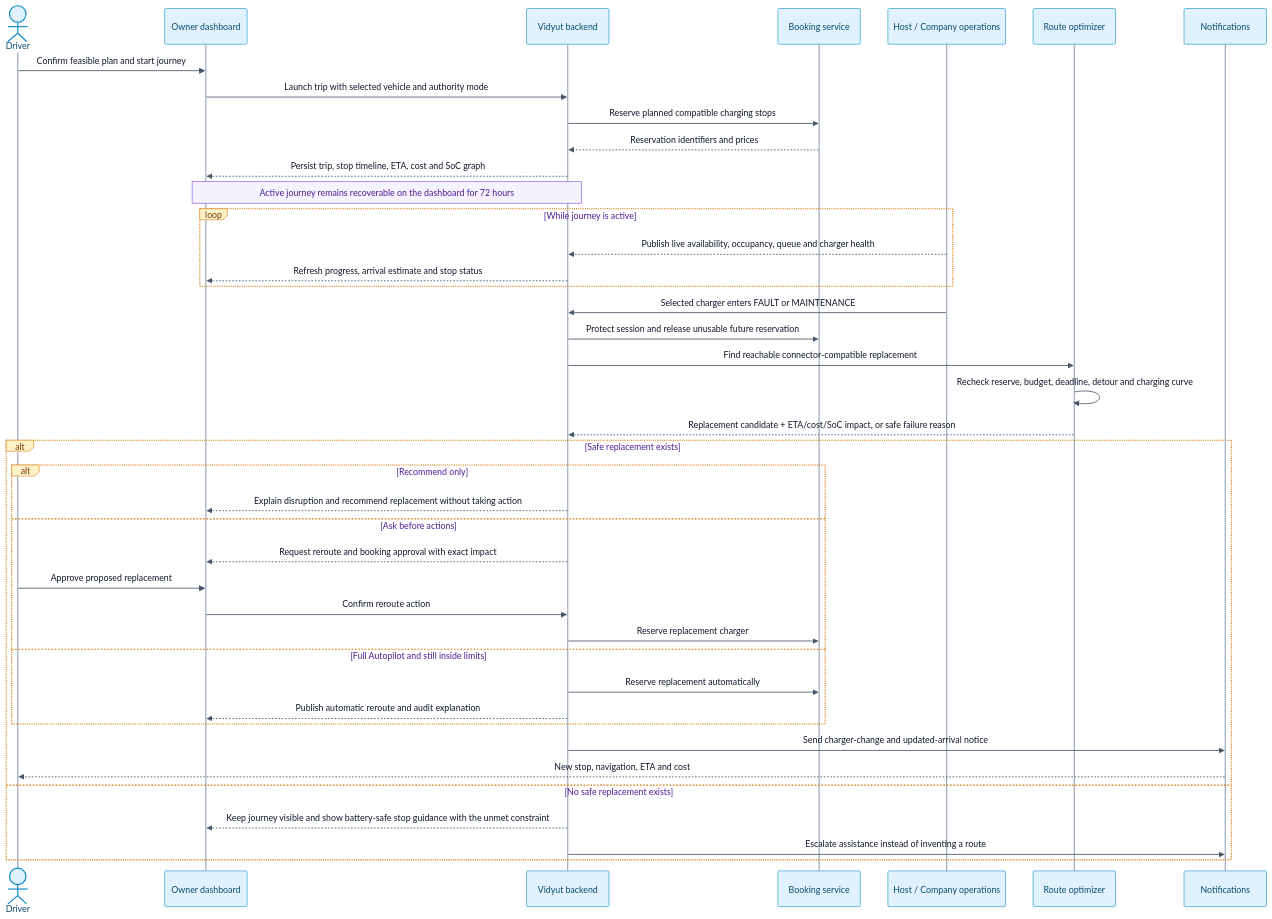
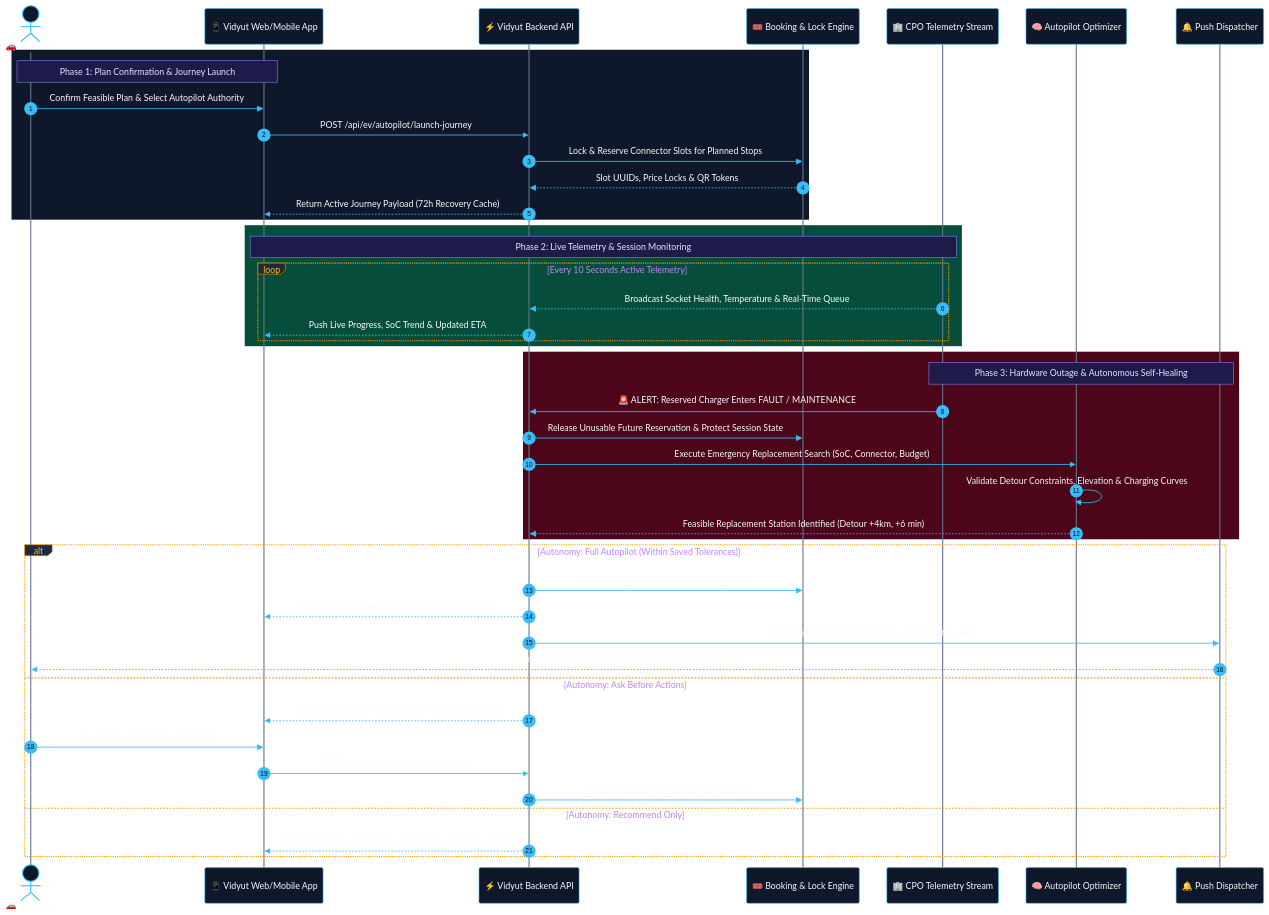
Before and after one commit to cs1m2414238/vidyutEV-1.0: the fourth of 10 diagrams in README.md, drawn with Mermaid. The commit also changed other lines of this file, not shown here.

````diff
--- a/README.md
+++ b/README.md
@@ -238,48 +371,74 @@
 ```mermaid
-%%{init: {"theme":"base","themeVariables":{"background":"#ffffff","fontFamily":"Inter, ui-sans-serif, system-ui, sans-serif","fontSize":"15px","actorBkg":"#e0f2fe","actorBorder":"#0284c7","actorTextColor":"#0c4a6e","actorLineColor":"#94a3b8","signalColor":"#475569","signalTextColor":"#0f172a","activationBkgColor":"#ecfdf5","activationBorderColor":"#059669","labelBoxBkgColor":"#fef3c7","labelBoxBorderColor":"#d97706","labelTextColor":"#78350f","loopTextColor":"#4c1d95","loopLineColor":"#a78bfa","noteBkgColor":"#f5f3ff","noteBorderColor":"#7c3aed","noteTextColor":"#4c1d95","sequenceNumberColor":"#ffffff"}}}%%
+%%{init: {
+  "theme": "base",
+  "themeVariables": {
+    "darkMode": true,
+    "background": "#0b0f19",
+    "actorBkg": "#0f172a",
+    "actorBorder": "#38bdf8",
+    "actorTextColor": "#f8fafc",
+    "actorLineColor": "#64748b",
+    "signalColor": "#38bdf8",
+    "signalTextColor": "#f8fafc",
+    "labelBoxBkgColor": "#1e293b",
+    "labelBoxBorderColor": "#f59e0b",
+    "labelTextColor": "#fbbf24",
+    "loopTextColor": "#c084fc",
+    "loopLineColor": "#a855f7",
+    "noteBkgColor": "#1e1b4b",
+    "noteBorderColor": "#818cf8",
+    "noteTextColor": "#e0e7ff",
+    "activationBkgColor": "#1e293b",
+    "activationBorderColor": "#10b981"
+  }
+}}%%
 sequenceDiagram
-    actor Driver
-    participant App as Owner dashboard
-    participant API as Vidyut backend
-    participant Booking as Booking service
-    participant Ops as Host / Company operations
-    participant Router as Route optimizer
-    participant Notify as Notifications
+    autonumber
+    actor Driver as 🚗 EV Driver
+    participant App as 📱 Vidyut Web/Mobile App
+    participant API as ⚡ Vidyut Backend API
+    participant Booking as 🎟️ Booking & Lock Engine
+    participant Ops as 🏢 CPO Telemetry Stream
+    participant Router as 🧠 Autopilot Optimizer
+    participant Notify as 🔔 Push Dispatcher
 
-    Driver->>App: Confirm feasible plan and start journey
-    App->>API: Launch trip with selected vehicle and authority mode
-    API->>Booking: Reserve planned compatible charging stops
-    Booking-->>API: Reservation identifiers and prices
-    API-->>App: Persist trip, stop timeline, ETA, cost and SoC graph
-    Note over App,API: Active journey remains recoverable on the dashboard for 72 hours
-
-    loop While journey is active
-        Ops-->>API: Publish live availability, occupancy, queue and charger health
-        API-->>App: Refresh progress, arrival estimate and stop status
+    rect rgb(15, 23, 42)
+    Note over Driver,App: Phase 1: Plan Confirmation & Journey Launch
+    Driver->>App: Confirm Feasible Plan & Select Autopilot Authority
+    App->>API: POST /api/ev/autopilot/launch-journey
+    API->>Booking: Lock & Reserve Connector Slots for Planned Stops
+    Booking-->>API: Slot UUIDs, Price Locks & QR Tokens
+    API-->>App: Return Active Journey Payload (72h Recovery Cache)
     end
 
-    Ops->>API: Selected charger enters FAULT or MAINTENANCE
-    API->>Booking: Protect session and release unusable future reservation
-    API->>Router: Find reachable connector-compatible replacement
-    Router->>Router: Recheck reserve, budget, deadline, detour and charging curve
-    Router-->>API: Replacement candidate + ETA/cost/SoC impact, or safe failure reason
+    rect rgb(6, 78, 59)
+    Note over App,Ops: Phase 2: Live Telemetry & Session Monitoring
+    loop Every 10 Seconds Active Telemetry
+        Ops-->>API: Broadcast Socket Health, Temperature & Real-Time Queue
+        API-->>App: Push Live Progress, SoC Trend & Updated ETA
+    end
+    end
 
-    alt Safe replacement exists
-        alt Recommend only
-            API-->>App: Explain disruption and recommend replacement without taking action
-        else Ask before actions
-            API-->>App: Request reroute and booking approval with exact impact
-            Driver->>App: Approve proposed replacement
-            App->>API: Confirm reroute action
-            API->>Booking: Reserve replacement charger
-        else Full Autopilot and still inside limits
-            API->>Booking: Reserve replacement automatically
-            API-->>App: Publish automatic reroute and audit explanation
-        end
-        API->>Notify: Send charger-change and updated-arrival notice
-        Notify-->>Driver: New stop, navigation, ETA and cost
-    else No safe replacement exists
-        API-->>App: Keep journey visible and show battery-safe stop guidance with the unmet constraint
-        API->>Notify: Escalate assistance instead of inventing a route
+    rect rgb(76, 5, 25)
+    Note over Ops,Notify: Phase 3: Hardware Outage & Autonomous Self-Healing
+    Ops->>API: 🚨 ALERT: Reserved Charger Enters FAULT / MAINTENANCE
+    API->>Booking: Release Unusable Future Reservation & Protect Session State
+    API->>Router: Execute Emergency Replacement Search (SoC, Connector, Budget)
+    Router->>Router: Validate Detour Constraints, Elevation & Charging Curves
+    Router-->>API: Feasible Replacement Station Identified (Detour +4km, +6 min)
+    end
+
+    alt Autonomy: Full Autopilot (Within Saved Tolerances)
+        API->>Booking: Automatically Lock Replacement Charger Slot
+        API-->>App: Push Real-Time Reroute & Updated Route Polyline
+        API->>Notify: Dispatch Immediate In-App Audio & Notification Alert
+        Notify-->>Driver: 'Charger Fault: Automatically Rerouted to Station B (+6 min)'
+    else Autonomy: Ask Before Actions
+        API-->>App: Emit Critical Action Prompt (Show Time & Cost Delta)
+        Driver->>App: Tap 'Approve Reroute to Station B'
+        App->>API: POST /api/ev/autopilot/confirm-reroute
+        API->>Booking: Finalize Slot Lock on Replacement Station
+    else Autonomy: Recommend Only
+        API-->>App: Display Advisory Alert & Show Alternative Stations on Map
     end
 ```
````
